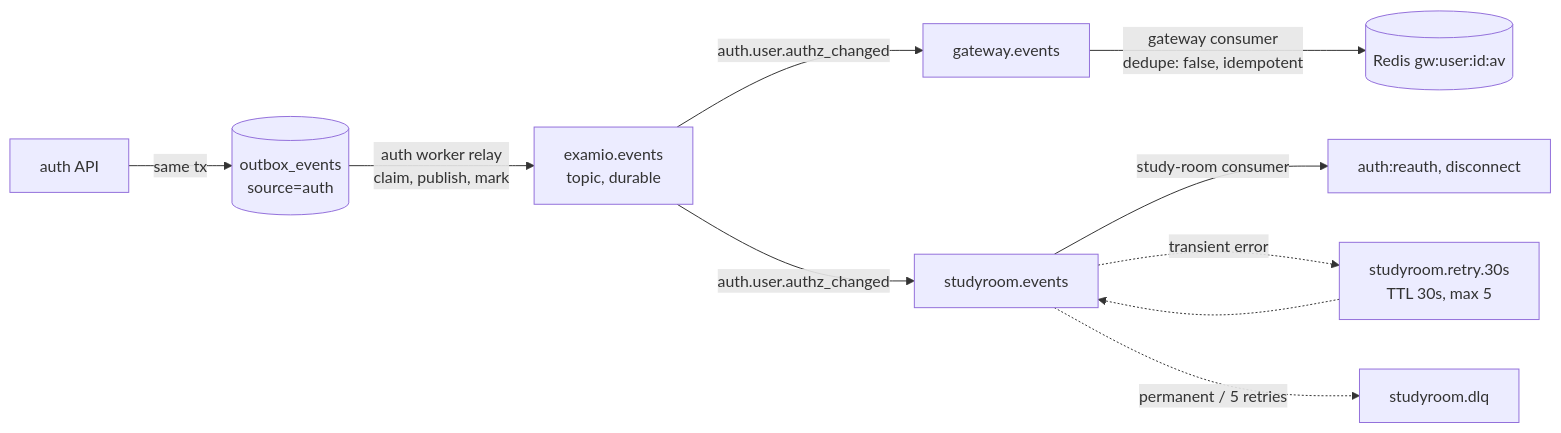
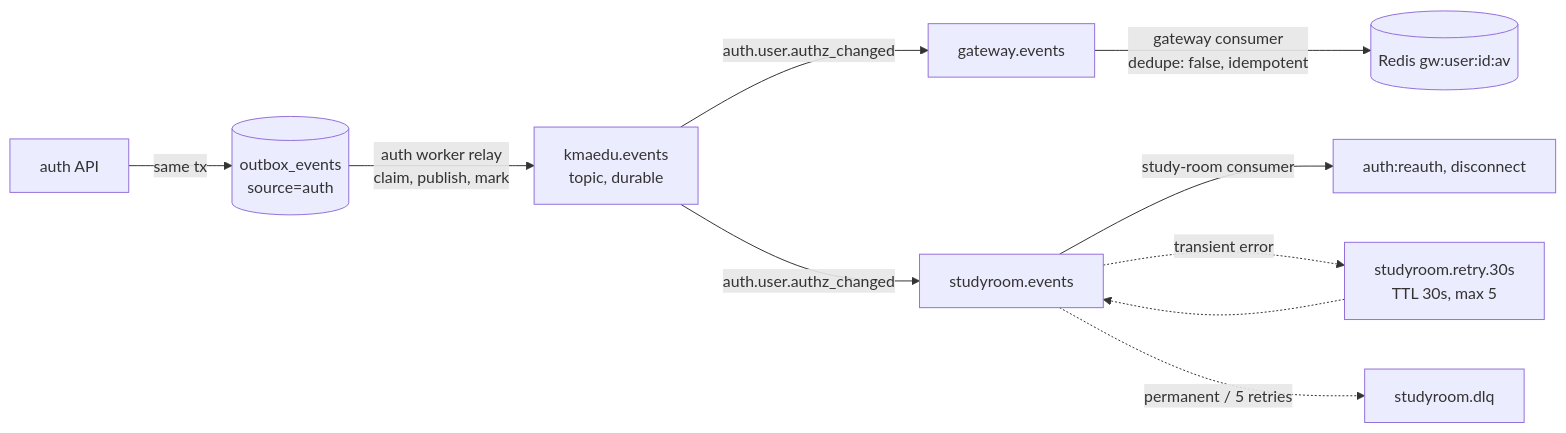
Before and after one commit to tgiap04/examio: the fourth of 9 diagrams in docs/system/architecture.md, drawn with Mermaid. The commit also changed other lines of this file and 3042 other files, not shown here.

First line of the commit message:
chore!: rename examio to kmaedu across the repository

````diff
--- a/docs/system/architecture.md
+++ b/docs/system/architecture.md
@@ -213,12 +213,12 @@
 ```mermaid
 graph LR
     AUTH[auth API] -->|same tx| OUTBOX[(outbox_events<br/>source=auth)]
-    OUTBOX -->|auth worker relay<br/>claim, publish, mark| EXCHANGE[examio.events<br/>topic, durable]
+    OUTBOX -->|auth worker relay<br/>claim, publish, mark| EXCHANGE[kmaedu.events<br/>topic, durable]
     EXCHANGE -->|auth.user.authz_changed| GQ[gateway.events]
     GQ -->|gateway consumer<br/>dedupe: false, idempotent| STATE[(Redis gw:user:id:av)]
     EXCHANGE -->|auth.user.authz_changed| SQ[studyroom.events]
     SQ -->|study-room consumer| SOCK[auth:reauth, disconnect]
     SQ -.->|transient error| RETRY[studyroom.retry.30s<br/>TTL 30s, max 5]
     RETRY -.-> SQ
     SQ -.->|permanent / 5 retries| DLQ[studyroom.dlq]
 ```
````
